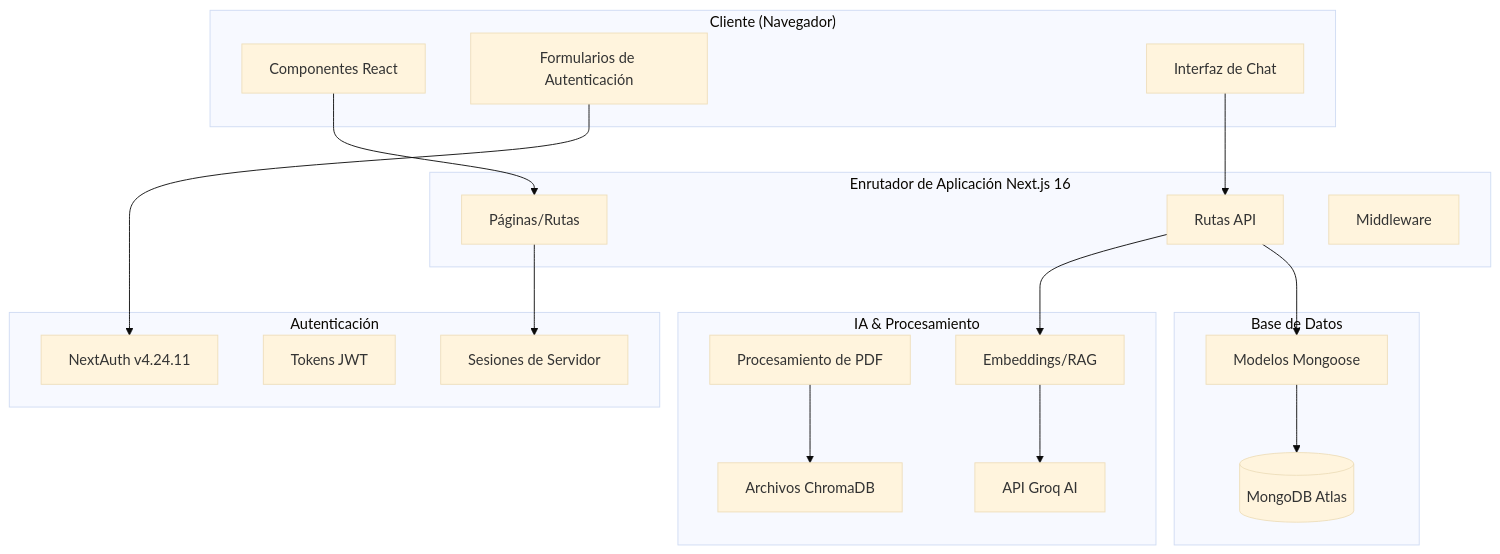
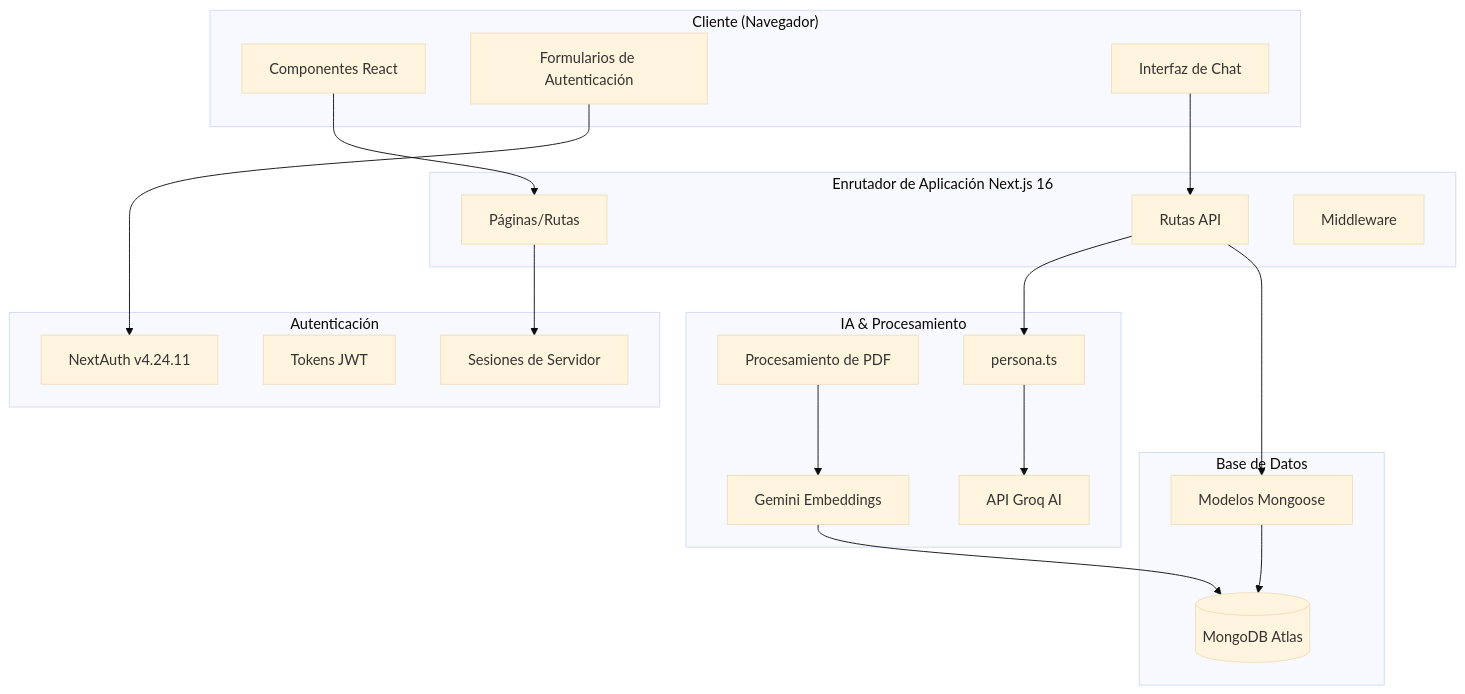
The first of 5 diagrams in ARQUITECTURA.md (olired2/chatbot), drawn with Mermaid (base theme) before and after one commit. The commit also changed other lines of this file and 2 other files, not shown here.

````diff
--- a/ARQUITECTURA.md
+++ b/ARQUITECTURA.md
@@ -11,42 +11,43 @@
 ```mermaid
 graph TB
     subgraph "Cliente (Navegador)"
         UI[Componentes React]
         Forms[Formularios de Autenticación]
         Chat[Interfaz de Chat]
     end
     
     subgraph "Enrutador de Aplicación Next.js 16"
         Pages[Páginas/Rutas]
         API[Rutas API]
         Middleware[Middleware]
     end
     
     subgraph "Autenticación"
         NextAuth[NextAuth v4.24.11]
         JWT[Tokens JWT]
         Session[Sesiones de Servidor]
     end
     
     subgraph "Base de Datos"
         MongoDB[(MongoDB Atlas)]
         Models[Modelos Mongoose]
     end
     
     subgraph "IA & Procesamiento"
         Groq[API Groq AI]
+        Gemini[Gemini Embeddings]
         PDF[Procesamiento de PDF]
-        Embeddings[Embeddings/RAG]
-        ChromaDB[Archivos ChromaDB]
+        Persona[persona.ts]
     end
     
     UI --> Pages
     Forms --> NextAuth
     Chat --> API
     Pages --> Session
     API --> Models
     Models --> MongoDB
-    API --> Embeddings
-    Embeddings --> Groq
-    PDF --> ChromaDB
+    API --> Persona
+    Persona --> Groq
+    PDF --> Gemini
+    Gemini --> MongoDB
 ```
````
